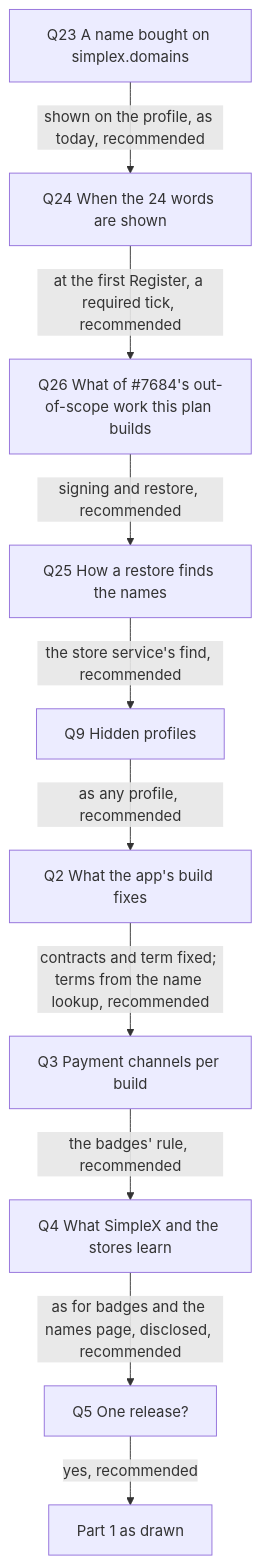
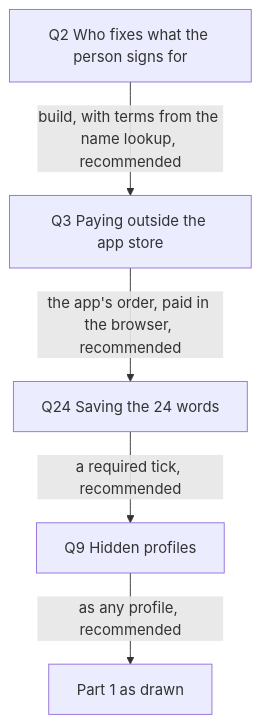
One commit to simplex-chat/simplex-chat changed the diagram in plans/2026-11-26-names-in-app/questions.md. Above: the diagram before and after it, drawn with Mermaid. The commit also changed other lines of this file and 14 other files, not shown here.

Commit message:
docs: names plan answers from the UX design, four questions left

````diff
--- a/plans/2026-11-26-names-in-app/questions.md
+++ b/plans/2026-11-26-names-in-app/questions.md
@@ -7,12 +5,7 @@
 ```mermaid
 flowchart TD
-  Q23["Q23 A name bought on simplex.domains"] -->|"shown on the profile, as today, recommended"| Q24["Q24 When the 24 words are shown"]
-  Q24 -->|"at the first Register, a required tick, recommended"| Q26["Q26 What of #7684's out-of-scope work this plan builds"]
-  Q26 -->|"signing and restore, recommended"| Q25["Q25 How a restore finds the names"]
-  Q25 -->|"the store service's find, recommended"| Q9["Q9 Hidden profiles"]
-  Q9 -->|"as any profile, recommended"| Q2["Q2 What the app's build fixes"]
-  Q2 -->|"contracts and term fixed; terms from the name lookup, recommended"| Q3["Q3 Payment channels per build"]
-  Q3 -->|"the badges' rule, recommended"| Q4["Q4 What SimpleX and the stores learn"]
-  Q4 -->|"as for badges and the names page, disclosed, recommended"| Q5["Q5 One release?"]
-  Q5 -->|"yes, recommended"| P["Part 1 as drawn"]
+  Q2["Q2 Who fixes what the person signs for"] -->|"build, with terms from the name lookup, recommended"| Q3["Q3 Paying outside the app store"]
+  Q3 -->|"the app's order, paid in the browser, recommended"| Q24["Q24 Saving the 24 words"]
+  Q24 -->|"a required tick, recommended"| Q9["Q9 Hidden profiles"]
+  Q9 -->|"as any profile, recommended"| P["Part 1 as drawn"]
 ```
````
